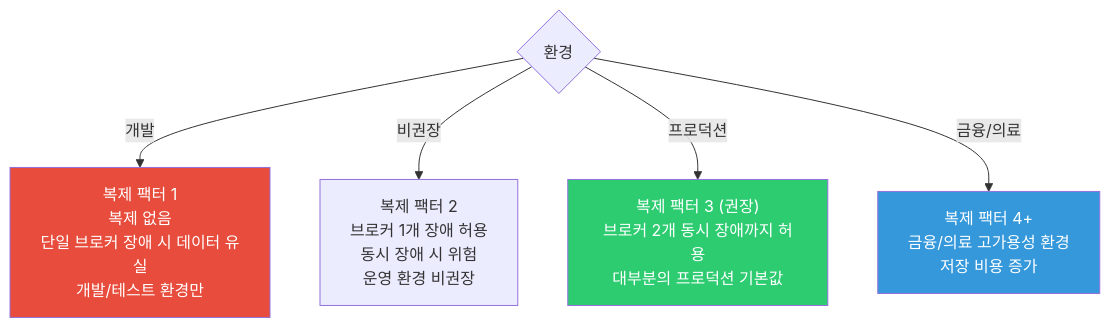
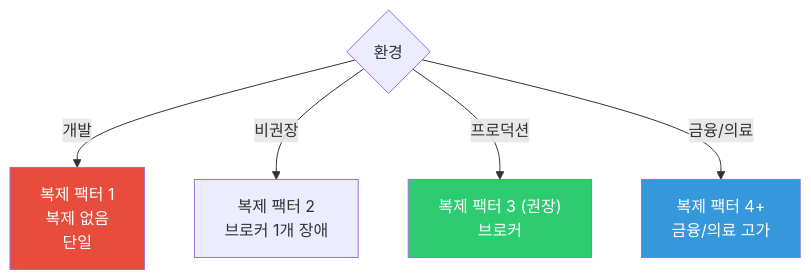
One commit to yjkim2015/yjkim2015.github.io changed the fifth of 8 diagrams in _posts/kafka/2026-05-01-kafka-replication.md. Above: the diagram before and after it, drawn with Mermaid. The commit also changed other lines of this file and 271 other files, not shown here.

First line of the commit message:
Mermaid 라벨 축소: 긴 노드 텍스트 18자 이하로 트림 + \n 제거

````diff
--- a/_posts/kafka/2026-05-01-kafka-replication.md
+++ b/_posts/kafka/2026-05-01-kafka-replication.md
@@ -155,15 +155,15 @@
 ```mermaid
 graph TD
     ENV{"환경"}
-    DEV["복제 팩터 1\n복제 없음\n단일 브로커 장애 시 데이터 유실\n개발/테스트 환경만"]
-    RISK["복제 팩터 2\n브로커 1개 장애 허용\n동시 장애 시 위험\n운영 환경 비권장"]
-    PROD["복제 팩터 3 (권장)\n브로커 2개 동시 장애까지 허용\n대부분의 프로덕션 기본값"]
-    CRITICAL["복제 팩터 4+\n금융/의료 고가용성 환경\n저장 비용 증가"]
+    DEV["복제 팩터 1\n복제 없음\n단일"]
+    RISK["복제 팩터 2\n브로커 1개 장애"]
+    PROD["복제 팩터 3 (권장)\n브로커"]
+    CRITICAL["복제 팩터 4+\n금융/의료 고가"]
     ENV -->|"개발"| DEV
     ENV -->|"비권장"| RISK
     ENV -->|"프로덕션"| PROD
     ENV -->|"금융/의료"| CRITICAL
     style DEV fill:#e74c3c,color:#fff
     style PROD fill:#2ecc71,color:#fff
     style CRITICAL fill:#3498db,color:#fff
 ```
````
